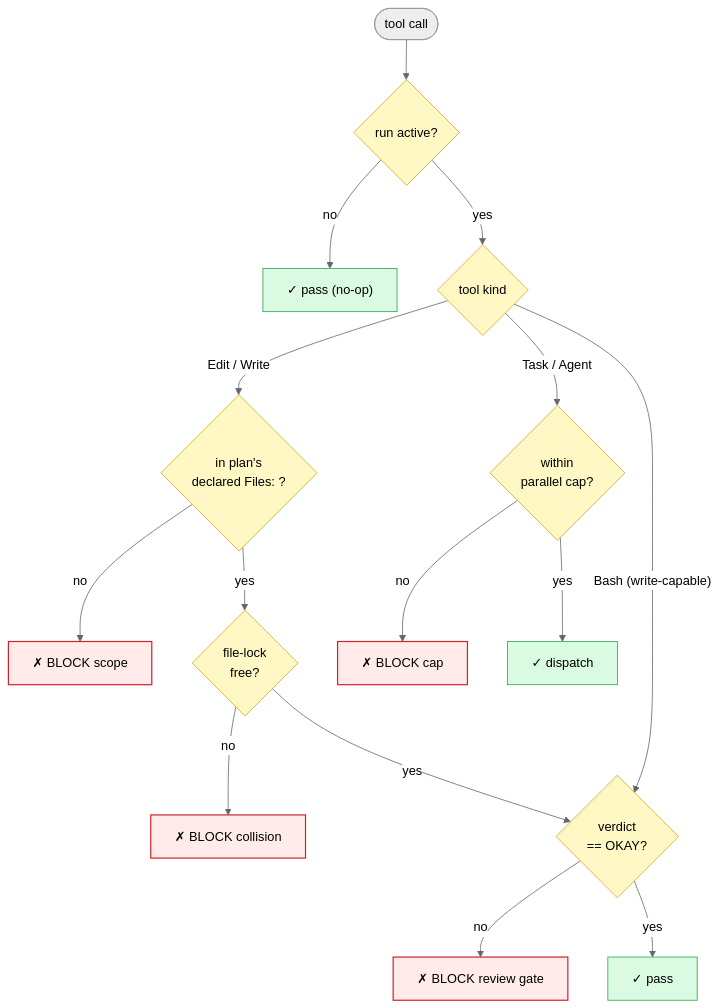
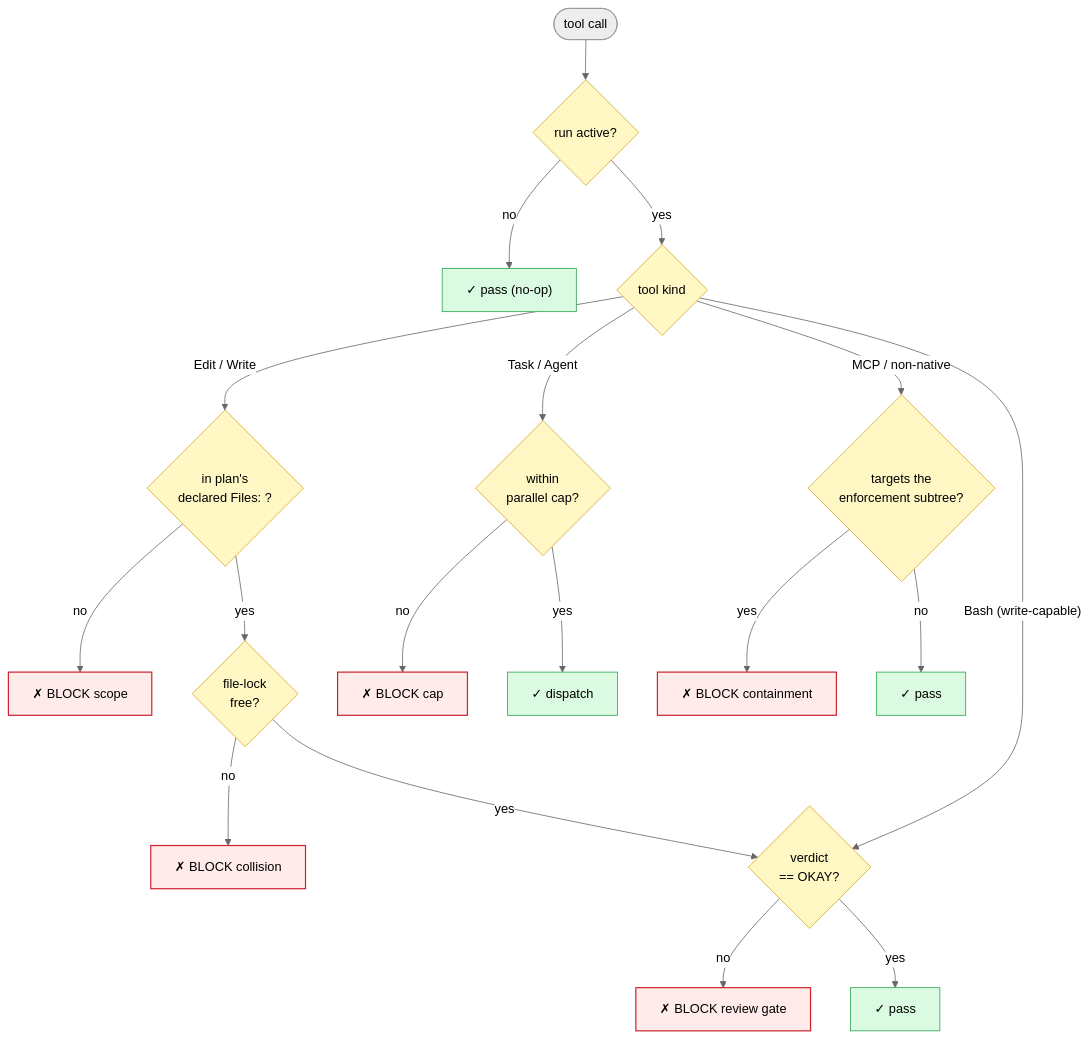
Before and after one commit to amartinawi/zodyssey: the second of 3 diagrams in README.md, drawn with Mermaid (neutral theme). The commit also changed other lines of this file and 7 other files, not shown here.

First line of the commit message:
docs: refresh README + diagrams for v0.5.4-v0.6.3; correct the zero-caller caveat

````diff
--- a/README.md
+++ b/README.md
@@ -89,23 +89,26 @@
 ```mermaid
 flowchart TD
     A(["tool call"]) --> B{"run active?"}
     B -- no --> P1["✓ pass (no-op)"]
     B -- yes --> K{"tool kind"}
     K -- "Edit / Write" --> S{"in plan's<br/>declared Files: ?"}
     S -- no --> X1["✗ BLOCK scope"]
     S -- yes --> L{"file-lock<br/>free?"}
     L -- no --> X2["✗ BLOCK collision"]
     L -- yes --> V{"verdict<br/>== OKAY?"}
     V -- no --> X3["✗ BLOCK review gate"]
     V -- yes --> P2["✓ pass"]
     K -- "Task / Agent" --> C{"within<br/>parallel cap?"}
     C -- no --> X4["✗ BLOCK cap"]
     C -- yes --> P3["✓ dispatch"]
     K -- "Bash (write-capable)" --> V
+    K -- "MCP / non-native" --> M{"targets the<br/>enforcement subtree?"}
+    M -- yes --> X5["✗ BLOCK containment"]
+    M -- no --> P4["✓ pass"]
     classDef b fill:#ffebe9,stroke:#cf222e,stroke-width:1.5px;
     classDef g fill:#dafbe1,stroke:#2da44e;
     classDef d fill:#fff8c5,stroke:#d4a72c;
-    class X1,X2,X3,X4 b;
-    class P1,P2,P3 g;
-    class B,K,S,L,V,C d;
+    class X1,X2,X3,X4,X5 b;
+    class P1,P2,P3,P4 g;
+    class B,K,S,L,V,C,M d;
 ```
````
